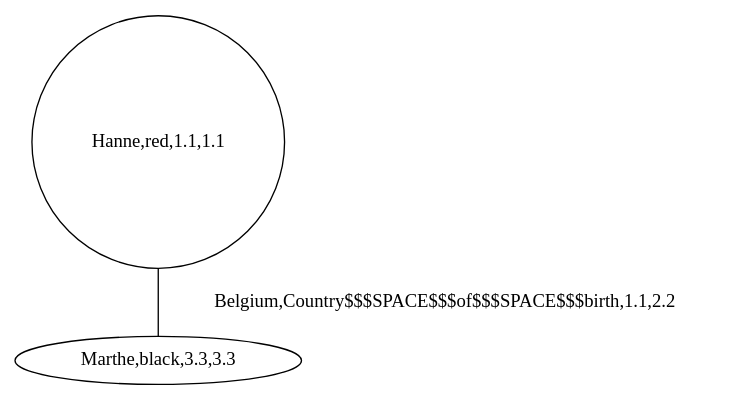
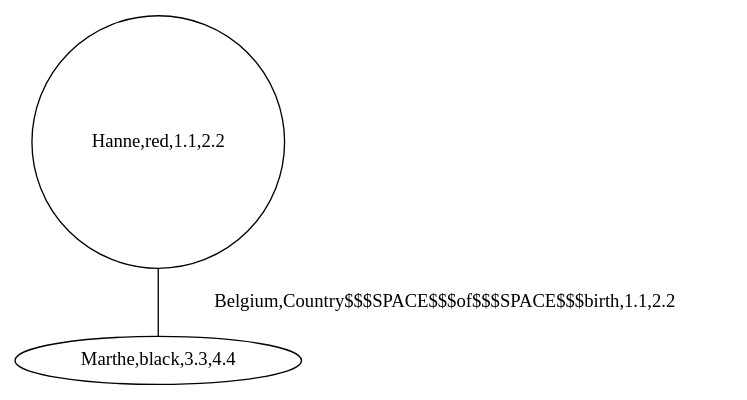
The diagram in BoostGraphTutorial/create_all_direct_neighbour_custom_and_selectable_edges_and_vertices_subgraphs_0.dot (richelbilderbeek/boost_graph_cookbook_1), drawn with Graphviz before and after one commit. The commit also changed 69 other files, not shown here.

```diff
--- a/BoostGraphTutorial/create_all_direct_neighbour_custom_and_selectable_edges_and_vertices_subgraphs_0.dot
+++ b/BoostGraphTutorial/create_all_direct_neighbour_custom_and_selectable_edges_and_vertices_subgraphs_0.dot
@@ -1,5 +1,5 @@
 graph G {
-0[label="Hanne,red,1.1,1.1", regular="1"];
-1[label="Marthe,black,3.3,3.3", regular="0"];
+0[label="Hanne,red,1.1,2.2", regular="1"];
+1[label="Marthe,black,3.3,4.4", regular="0"];
 0--1 [label="Belgium,Country$$$SPACE$$$of$$$SPACE$$$birth,1.1,2.2", regular="0"];
 }
```
